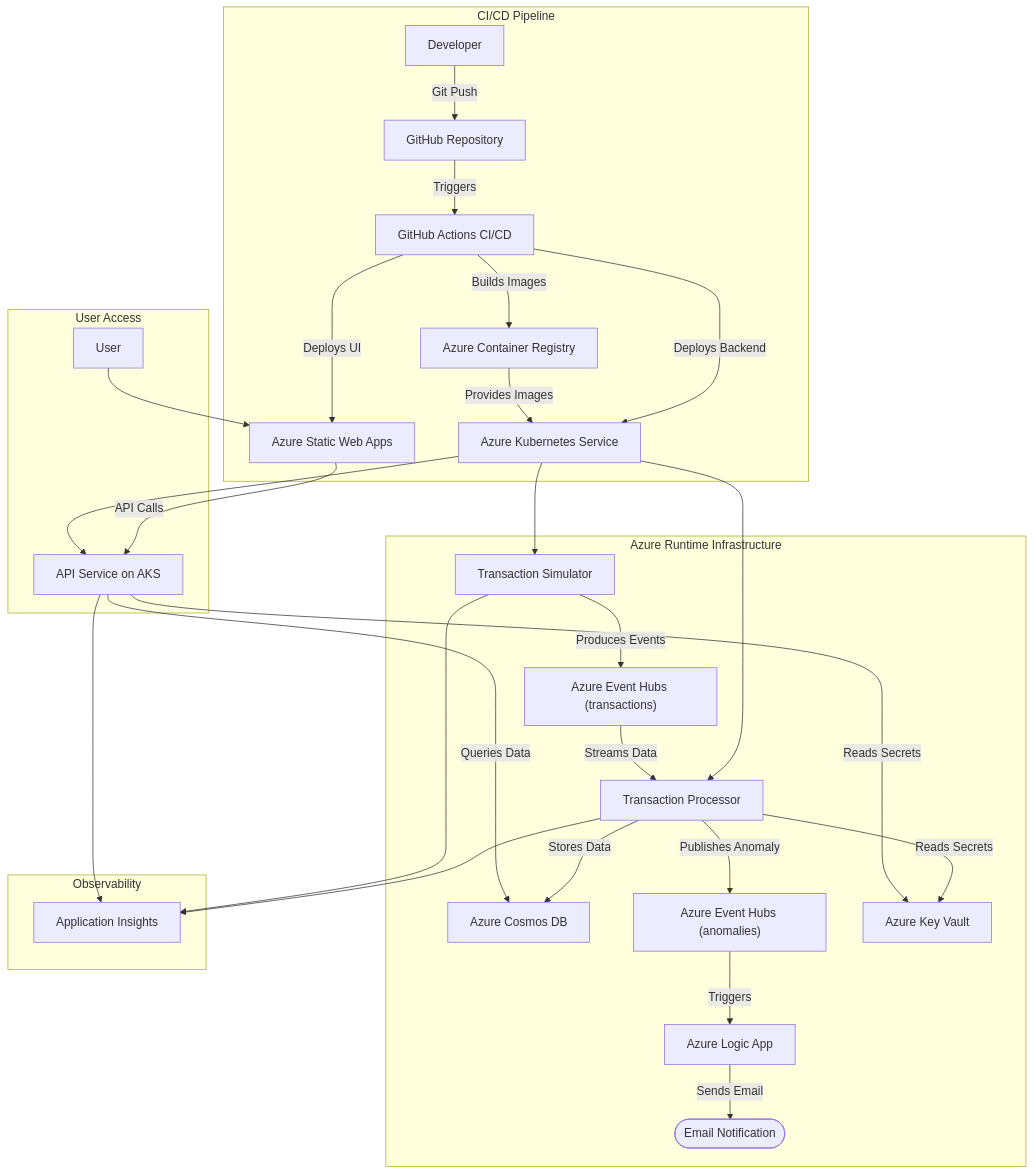
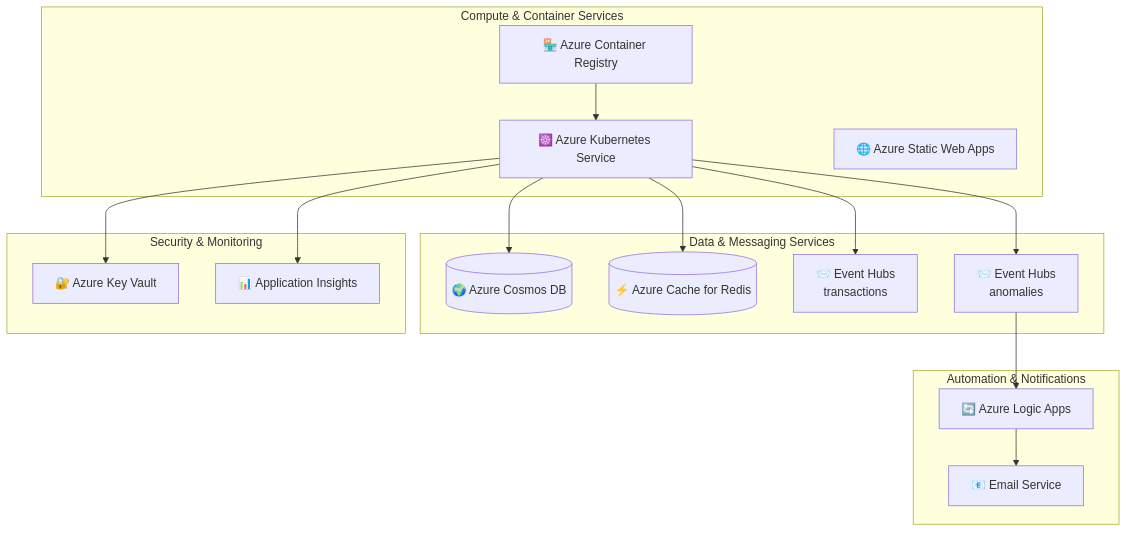
The second of 4 diagrams in README.md (JonathanHidalgoN/RealTimeTransactionMonitoring), drawn with Mermaid before and after one commit. The commit also changed other lines of this file, not shown here.

Commit message:
Improve readme diagram

````diff
--- a/README.md
+++ b/README.md
@@ -11,41 +50,35 @@
 ```mermaid
-graph TD
-    subgraph "CI/CD Pipeline"
-        DEV[Developer] -- Git Push --> REPO[GitHub Repository];
-        REPO -- Triggers --> ACTIONS[GitHub Actions CI/CD];
-        ACTIONS -- Builds Images --> ACR[Azure Container Registry];
-        ACTIONS -- Deploys UI --> SWA[Azure Static Web Apps];
-        ACTIONS -- Deploys Backend --> AKS[Azure Kubernetes Service];
+graph TB
+    subgraph "Compute & Container Services"
+        AKS[☸️ Azure Kubernetes Service]
+        ACR[🏪 Azure Container Registry]
+        SWA[🌐 Azure Static Web Apps]
     end
-
-    subgraph "User Access"
-        USER[User] --> SWA;
-        SWA -- API Calls --> API[API Service on AKS];
+    
+    subgraph "Data & Messaging Services"
+        COSMOS[(🌍 Azure Cosmos DB)]
+        REDIS[(⚡ Azure Cache for Redis)]
+        EH_TRANS[📨 Event Hubs<br/>transactions]
+        EH_ANOM[📨 Event Hubs<br/>anomalies]
     end
-
-    subgraph "Azure Runtime Infrastructure"
-        AKS --> API;
-        AKS --> PROCESSOR[Transaction Processor];
-        AKS --> SIMULATOR[Transaction Simulator];
-        
-        SIMULATOR -- Produces Events --> EVENTS_IN["Azure Event Hubs (transactions)"];
-        EVENTS_IN -- Streams Data --> PROCESSOR;
-        
-        PROCESSOR -- Stores Data --> COSMOS[Azure Cosmos DB];
-        PROCESSOR -- Publishes Anomaly --> EVENTS_OUT["Azure Event Hubs (anomalies)"];
-        EVENTS_OUT -- Triggers --> LOGIC[Azure Logic App];
-        LOGIC -- Sends Email --> EMAIL([Email Notification]);
-        
-        API -- Queries Data --> COSMOS;
-        PROCESSOR -- Reads Secrets --> KV[Azure Key Vault];
-        API -- Reads Secrets --> KV;
-        
-        ACR -- Provides Images --> AKS;
+    
+    subgraph "Security & Monitoring"
+        KV[🔐 Azure Key Vault]
+        INSIGHTS[📊 Application Insights]
     end
-
-    subgraph "Observability"
-        API --> INSIGHTS[Application Insights];
-        PROCESSOR --> INSIGHTS;
-        SIMULATOR --> INSIGHTS;
+    
+    subgraph "Automation & Notifications"
+        LOGIC[🔄 Azure Logic Apps]
+        EMAIL[📧 Email Service]
     end
+    
+    ACR --> AKS
+    AKS --> COSMOS
+    AKS --> REDIS
+    AKS --> EH_TRANS
+    AKS --> EH_ANOM
+    AKS --> KV
+    AKS --> INSIGHTS
+    EH_ANOM --> LOGIC
+    LOGIC --> EMAIL
 ```
````
